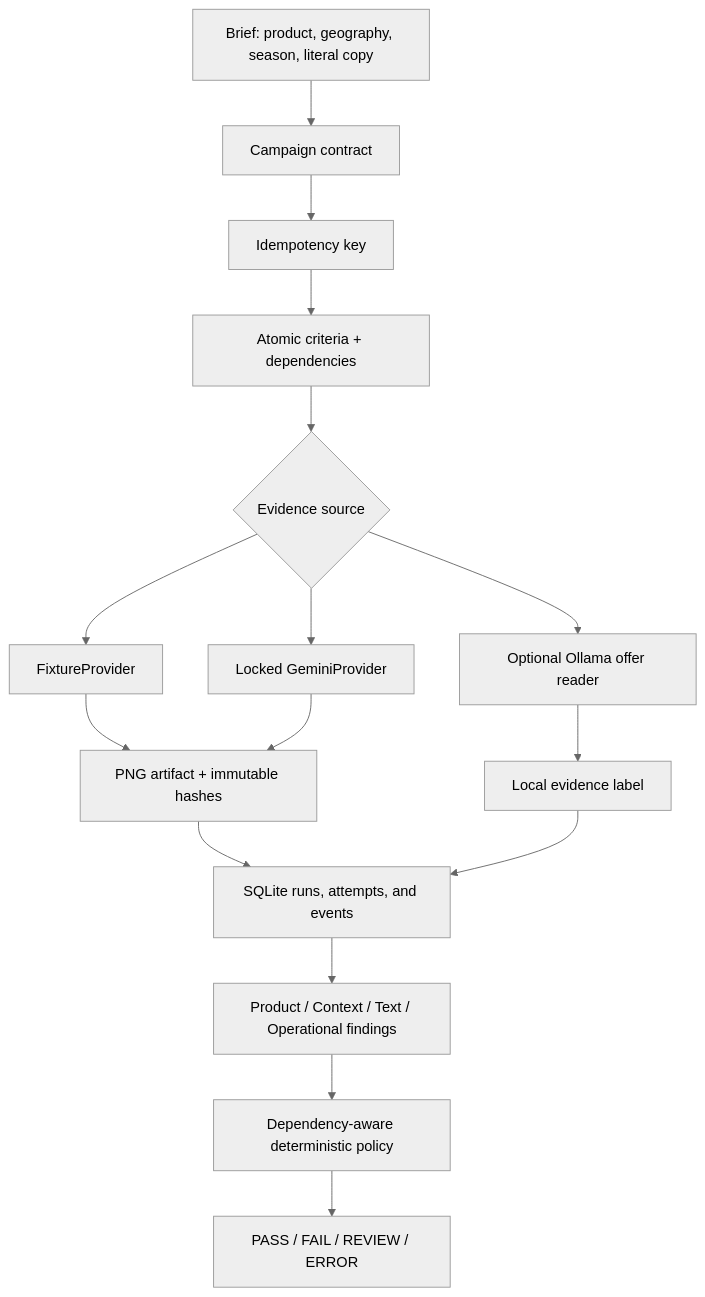
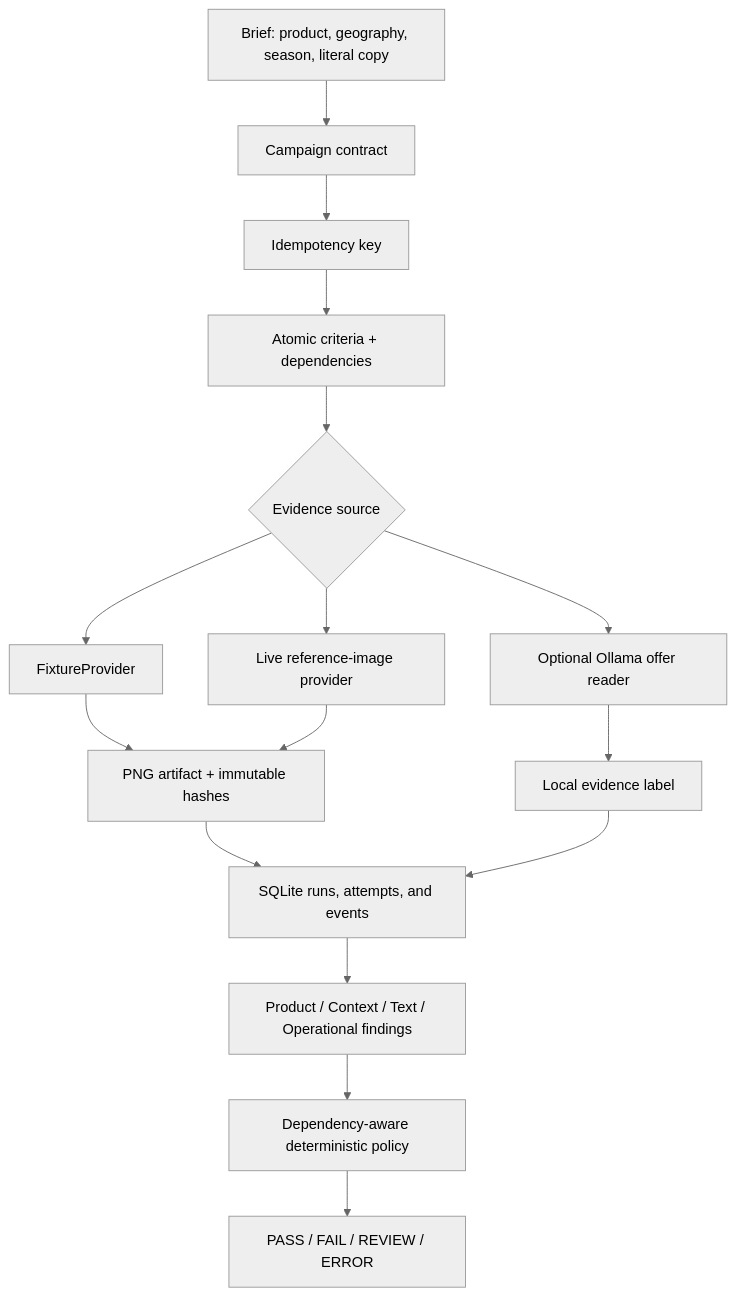
Before and after one commit to manas8127/proofad: the first of 4 diagrams in docs/architecture.md, drawn with Mermaid (neutral theme). The commit also changed other lines of this file and 16 other files, not shown here.

Commit message:
feat: add live reference image evaluation pipeline

````diff
--- a/docs/architecture.md
+++ b/docs/architecture.md
@@ -11,18 +11,18 @@
 ```mermaid
 flowchart TD
     A[Brief: product, geography, season, literal copy] --> B[Campaign contract]
     B --> C[Idempotency key]
     C --> D[Atomic criteria + dependencies]
     D --> E{Evidence source}
     E --> F[FixtureProvider]
     E --> G[Optional Ollama offer reader]
-    E --> H[Locked GeminiProvider]
+    E --> H[Live reference-image provider]
     F --> I[PNG artifact + immutable hashes]
     G --> J[Local evidence label]
     H --> I
     I --> K[SQLite runs, attempts, and events]
     J --> K
     K --> L[Product / Context / Text / Operational findings]
     L --> M[Dependency-aware deterministic policy]
     M --> N[PASS / FAIL / REVIEW / ERROR]
 ```
````
